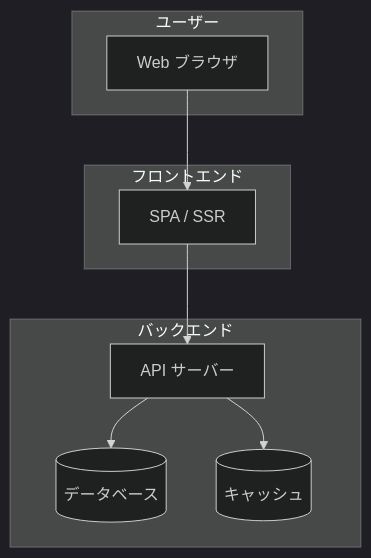
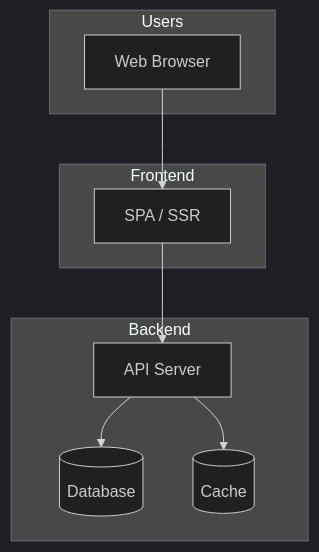
Before and after one commit to aToy0m0/skills: the third of 6 diagrams in generate-docs/TEMPLATES.md, drawn with Mermaid (dark theme). The commit also changed other lines of this file and 5 other files, not shown here.

````diff
--- a/generate-docs/TEMPLATES.md
+++ b/generate-docs/TEMPLATES.md
@@ -80,21 +80,21 @@
 ```mermaid
 graph TB
-    subgraph ユーザー
-        Browser[Web ブラウザ]
+    subgraph Users
+        Browser[Web Browser]
     end
 
-    subgraph フロントエンド
+    subgraph Frontend
         FE[SPA / SSR]
     end
 
-    subgraph バックエンド
-        API[API サーバー]
-        DB[(データベース)]
-        Cache[(キャッシュ)]
+    subgraph Backend
+        API[API Server]
+        DB[(Database)]
+        Cache[(Cache)]
     end
 
     Browser --> FE
     FE --> API
     API --> DB
     API --> Cache
 ```
````
